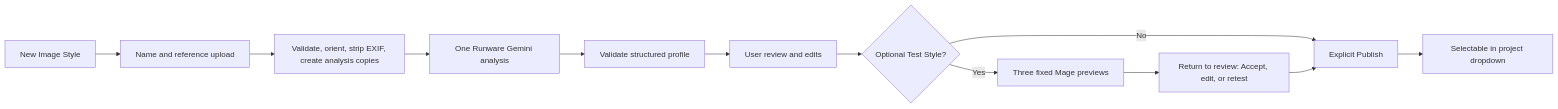
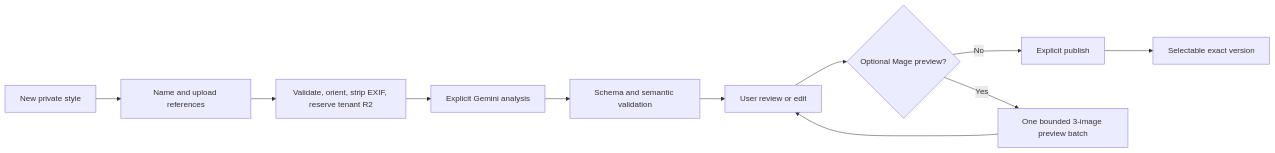
One commit to Pala-LakshmanSai/videoforge changed the diagram in project-context/18_IMAGE_STYLES_HUB.md. Above: the diagram before and after it, drawn with Mermaid. The commit also changed other lines of this file and 47 other files, not shown here.

Commit message:
Replace active roadmap with Serverless V2

````diff
--- a/project-context/18_IMAGE_STYLES_HUB.md
+++ b/project-context/18_IMAGE_STYLES_HUB.md
@@ -101,14 +71,13 @@
 ```mermaid
 flowchart LR
-    A["New Image Style"] --> B["Name and reference upload"]
-    B --> C["Validate, orient, strip EXIF, create analysis copies"]
-    C --> D["One Runware Gemini analysis"]
-    D --> E["Validate structured profile"]
-    E --> F["User review and edits"]
-    F --> G{"Optional Test Style?"}
-    G -- "No" --> H["Explicit Publish"]
-    G -- "Yes" --> I["Three fixed Mage previews"]
-    I --> R["Return to review: Accept, edit, or retest"]
-    R --> H
-    H --> J["Selectable in project dropdown"]
+    A["New private style"] --> B["Name and upload references"]
+    B --> C["Validate, orient, strip EXIF, reserve tenant R2"]
+    C --> D["Explicit Gemini analysis"]
+    D --> E["Schema and semantic validation"]
+    E --> F["User review or edit"]
+    F --> G{"Optional Mage preview?"}
+    G -- "No" --> H["Explicit publish"]
+    G -- "Yes" --> I["One bounded 3-image preview batch"]
+    I --> F
+    H --> J["Selectable exact version"]
 ```
````
